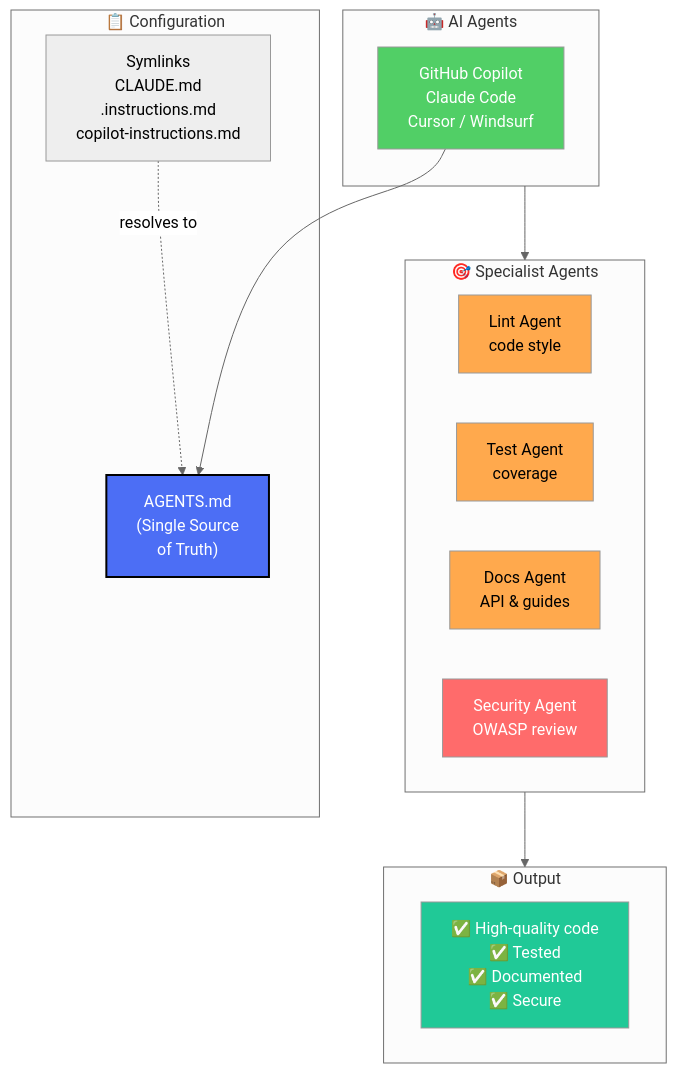
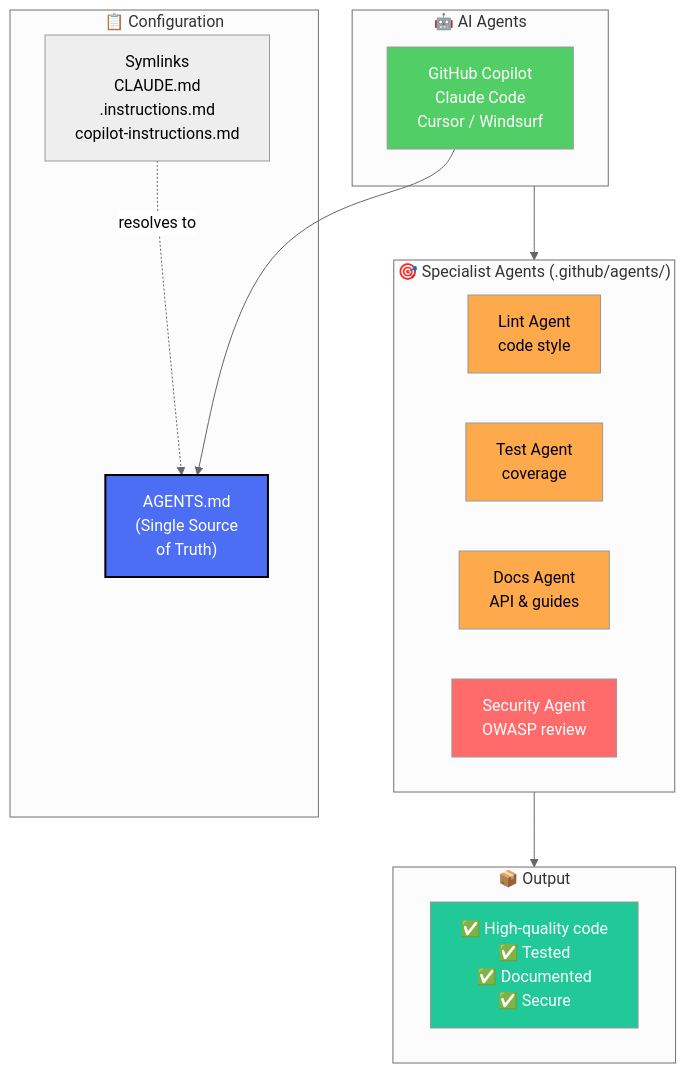
The third of 4 diagrams in README.md (lfarizav/hdd-gsd2-hybrid-framework), drawn with Mermaid (neutral theme) before and after one commit. The commit also changed other lines of this file and 4 other files, not shown here.

````diff
--- a/README.md
+++ b/README.md
@@ -226,35 +226,35 @@
 ```mermaid
 graph TB
     subgraph Agents["🤖 AI Agents"]
         Copilot["GitHub Copilot<br/>Claude Code<br/>Cursor / Windsurf"]
     end
 
     subgraph Config["📋 Configuration"]
         AGENTS["AGENTS.md<br/>(Single Source<br/>of Truth)"]
         SYMLINKS["Symlinks<br/>CLAUDE.md<br/>.instructions.md<br/>copilot-instructions.md"]
     end
 
-    subgraph Specialists["🎯 Specialist Agents"]
+    subgraph Specialists["🎯 Specialist Agents (.github/agents/)"]
         Lint["Lint Agent<br/>code style"]
         Test["Test Agent<br/>coverage"]
         Docs["Docs Agent<br/>API & guides"]
         Security["Security Agent<br/>OWASP review"]
     end
 
     subgraph Output["📦 Output"]
         Quality["✅ High-quality code<br/>✅ Tested<br/>✅ Documented<br/>✅ Secure"]
     end
 
     Copilot --> AGENTS
     SYMLINKS -.->|resolves to| AGENTS
     Agents --> Specialists
     Specialists --> Output
 
     style AGENTS fill:#4c6ef5,color:#fff,stroke:#000,stroke-width:2px
     style Copilot fill:#51cf66,color:#fff
     style Lint fill:#ffa94d,color:#000
     style Test fill:#ffa94d,color:#000
     style Docs fill:#ffa94d,color:#000
     style Security fill:#ff6b6b,color:#fff
     style Quality fill:#20c997,color:#fff
 ```
````
